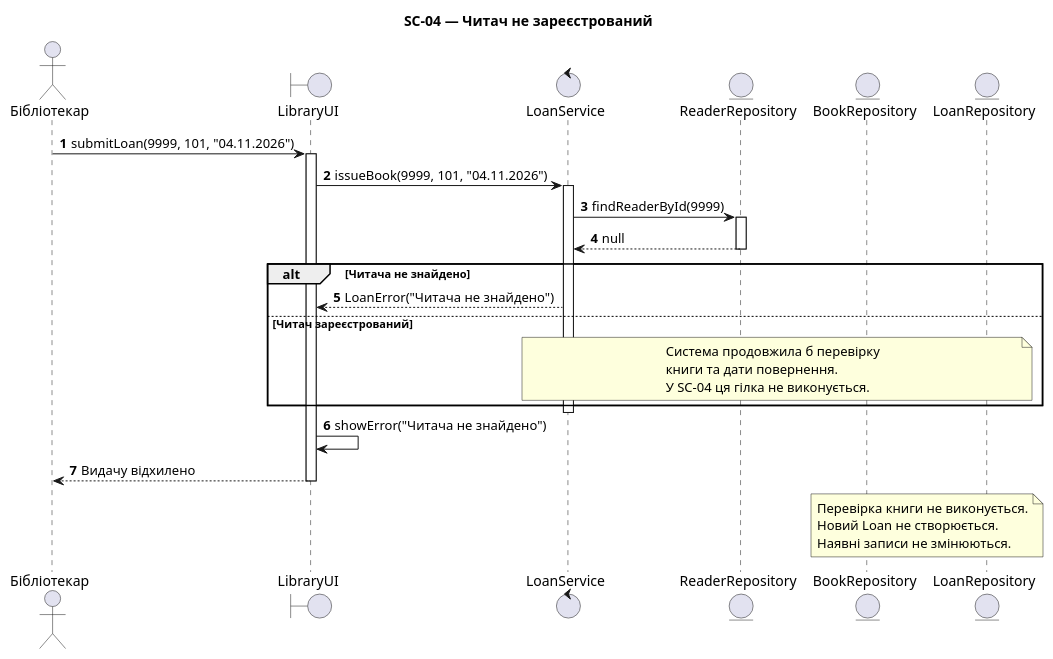
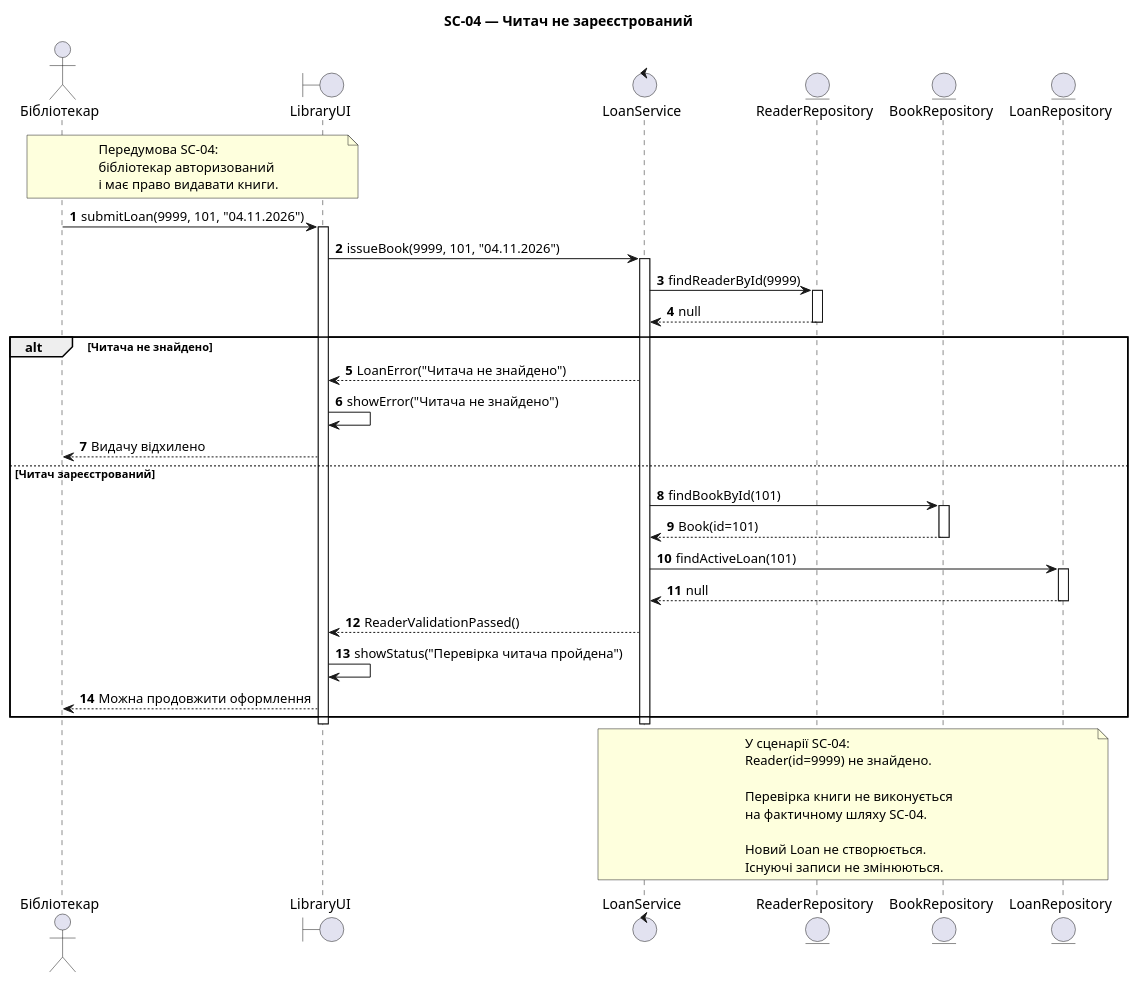
One commit to xdddd1234/lab3 changed the diagram in diagrams/sc-04-reader-not-found.puml. Above: the diagram before and after it, drawn with PlantUML.

Commit message:
fix: clarify SC-04 reader validation branches

```diff
--- a/diagrams/sc-04-reader-not-found.puml
+++ b/diagrams/sc-04-reader-not-found.puml
@@ -2,47 +2,65 @@
 @startuml
 title SC-04 — Читач не зареєстрований
 
 autonumber
 
 actor "Бібліотекар" as Librarian
 boundary "LibraryUI" as UI
 control "LoanService" as Service
 entity "ReaderRepository" as Readers
 entity "BookRepository" as Books
 entity "LoanRepository" as Loans
+
+note over Librarian, UI
+  Передумова SC-04:
+  бібліотекар авторизований
+  і має право видавати книги.
+end note
 
 Librarian -> UI: submitLoan(9999, 101, "04.11.2026")
 activate UI
 
 UI -> Service: issueBook(9999, 101, "04.11.2026")
 activate Service
 
 Service -> Readers: findReaderById(9999)
 activate Readers
 Readers --> Service: null
 deactivate Readers
 
 alt Читача не знайдено
     Service --> UI: LoanError("Читача не знайдено")
+    UI -> UI: showError("Читача не знайдено")
+    UI --> Librarian: Видачу відхилено
+
 else Читач зареєстрований
-    note over Service, Loans
-      Система продовжила б перевірку
-      книги та дати повернення.
-      У SC-04 ця гілка не виконується.
-    end note
+    Service -> Books: findBookById(101)
+    activate Books
+    Books --> Service: Book(id=101)
+    deactivate Books
+
+    Service -> Loans: findActiveLoan(101)
+    activate Loans
+    Loans --> Service: null
+    deactivate Loans
+
+    Service --> UI: ReaderValidationPassed()
+    UI -> UI: showStatus("Перевірка читача пройдена")
+    UI --> Librarian: Можна продовжити оформлення
 end
 
 deactivate Service
-
-UI -> UI: showError("Читача не знайдено")
-UI --> Librarian: Видачу відхилено
-
 deactivate UI
 
-note over Books, Loans
-  Перевірка книги не виконується.
+note over Service, Loans
+  У сценарії SC-04:
+  Reader(id=9999) не знайдено.
+
+  Перевірка книги не виконується
+  на фактичному шляху SC-04.
+
   Новий Loan не створюється.
-  Наявні записи не змінюються.
+  Існуючі записи не змінюються.
 end note
 
 @enduml
```
